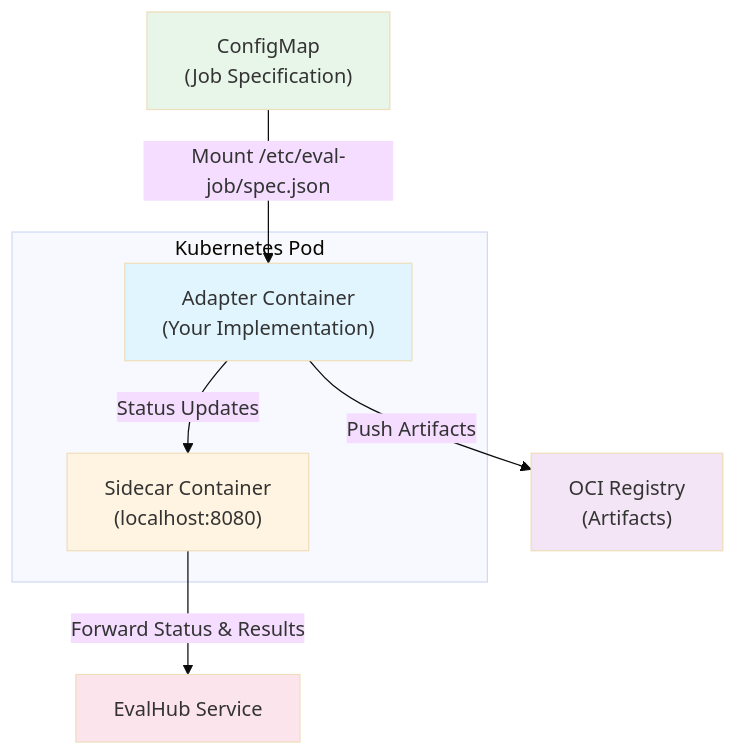
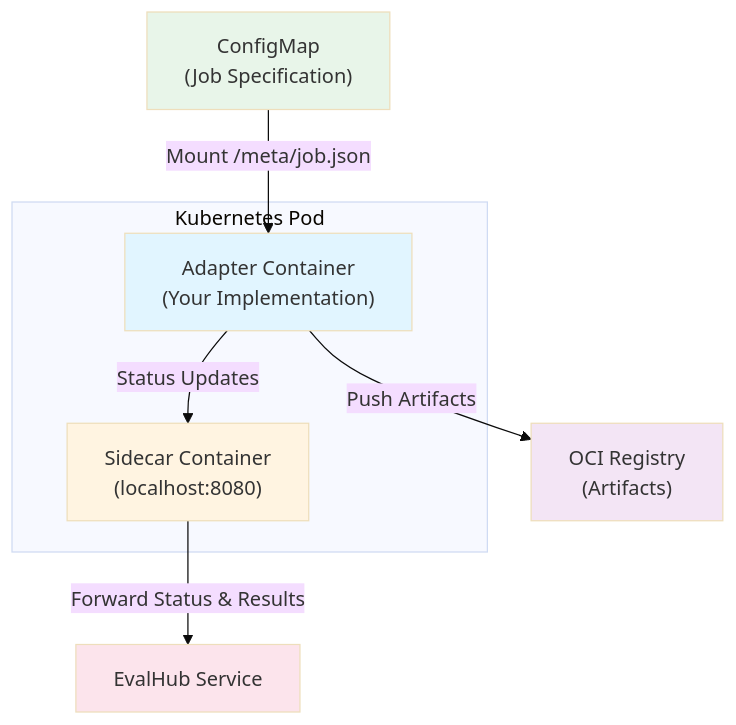
Before and after one commit to ruivieira/eval-hub-sdk: the third of 3 diagrams in examples/simple_adapter/README.md, drawn with Mermaid (base theme). The commit also changed other lines of this file and 19 other files, not shown here.

````diff
--- a/examples/simple_adapter/README.md
+++ b/examples/simple_adapter/README.md
@@ -242,22 +242,22 @@
 ```mermaid
 graph TB
     subgraph pod["Kubernetes Pod"]
         adapter["Adapter Container<br/>(Your Implementation)"]
         sidecar["Sidecar Container<br/>(localhost:8080)"]
     end
 
     configmap["ConfigMap<br/>(Job Specification)"]
     registry["OCI Registry<br/>(Artifacts)"]
     service["EvalHub Service"]
 
-    configmap -->|Mount /etc/eval-job/spec.json| adapter
+    configmap -->|Mount /meta/job.json| adapter
     adapter -->|Status Updates| sidecar
     adapter -->|Push Artifacts| registry
     sidecar -->|Forward Status & Results| service
 
     style adapter fill:#e1f5ff
     style sidecar fill:#fff4e1
     style configmap fill:#e8f5e9
     style registry fill:#f3e5f5
     style service fill:#fce4ec
 ```
````
